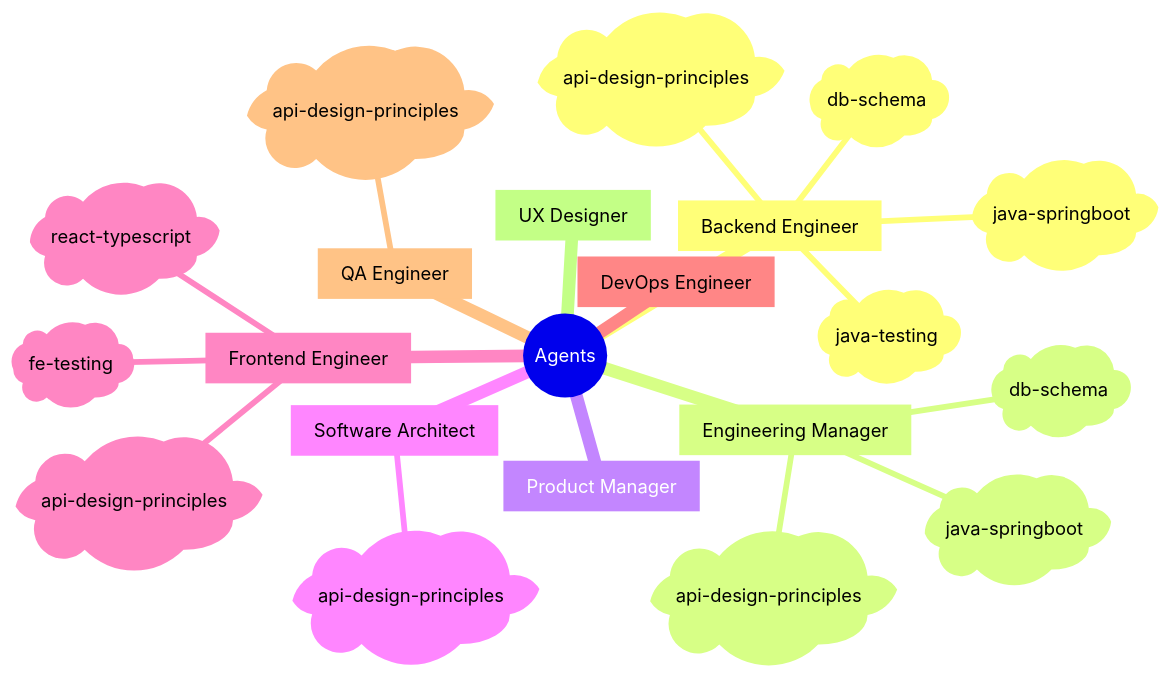
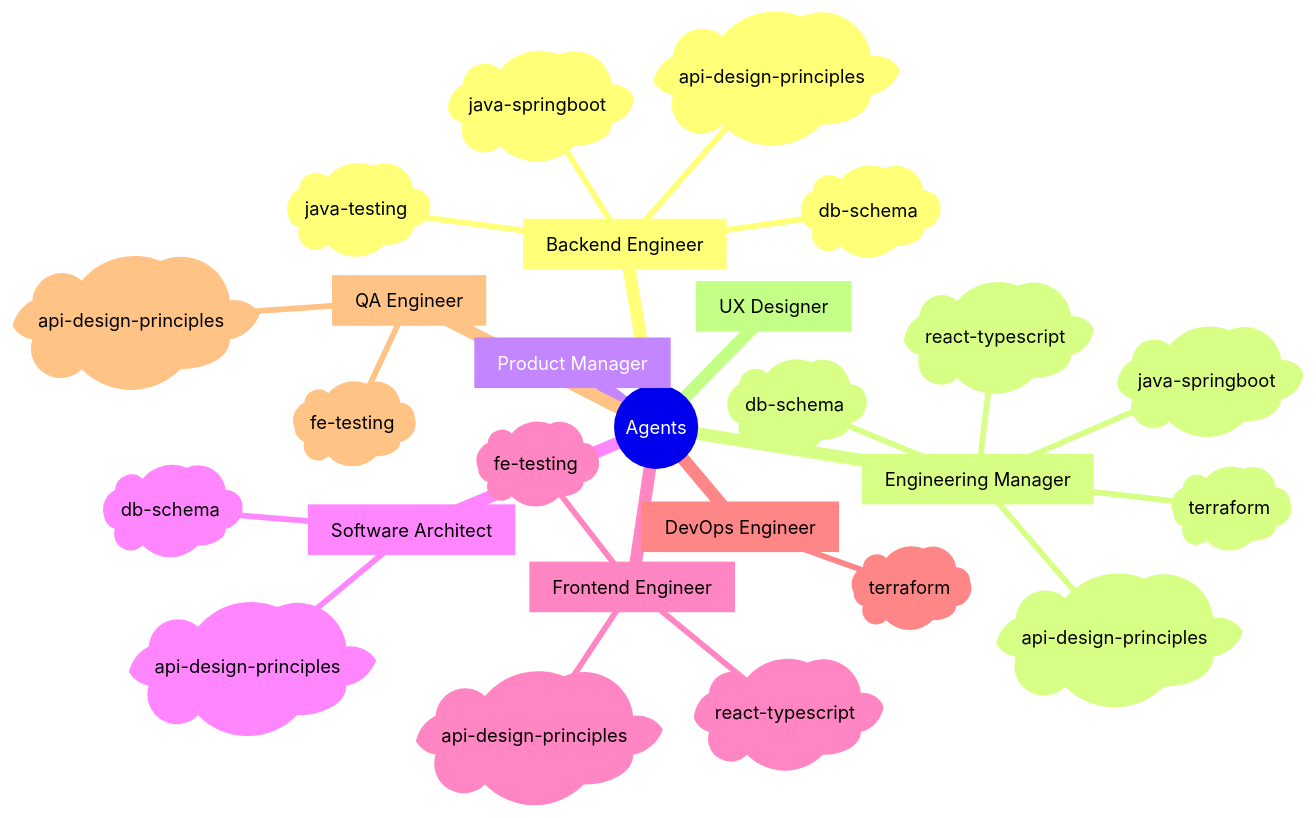
One commit to sans-github/agents changed the first of 3 diagrams in README.md. Above: the diagram before and after it, drawn with Mermaid. The commit also changed 3 other files, not shown here.

Commit message:
add react-typescript, terraform, db-schema, fe-testing skills to agents

````diff
--- a/README.md
+++ b/README.md
@@ -35,24 +35,29 @@
 ```mermaid
 mindmap
   root((Agents))
     [Backend Engineer]
       )db-schema(
       )java-springboot(
       )api-design-principles(
       )java-testing(
     [Engineering Manager]
       )db-schema(
       )java-springboot(
       )api-design-principles(
+      )react-typescript(
+      )terraform(
     [Product Manager]
     [Software Architect]
       )api-design-principles(
+      )db-schema(
     [Frontend Engineer]
       )api-design-principles(
       )react-typescript(
       )fe-testing(
     [DevOps Engineer]
+      )terraform(
     [QA Engineer]
       )api-design-principles(
+      )fe-testing(
     [UX Designer]
 ```
````
